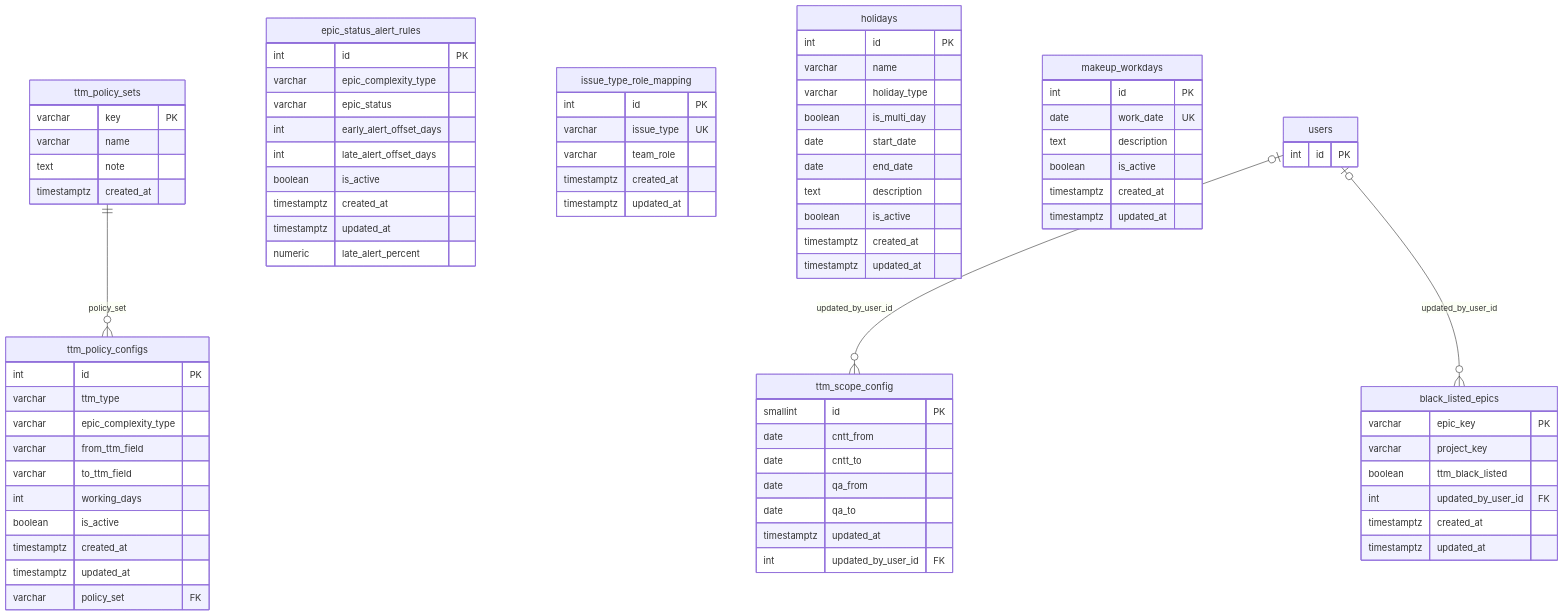
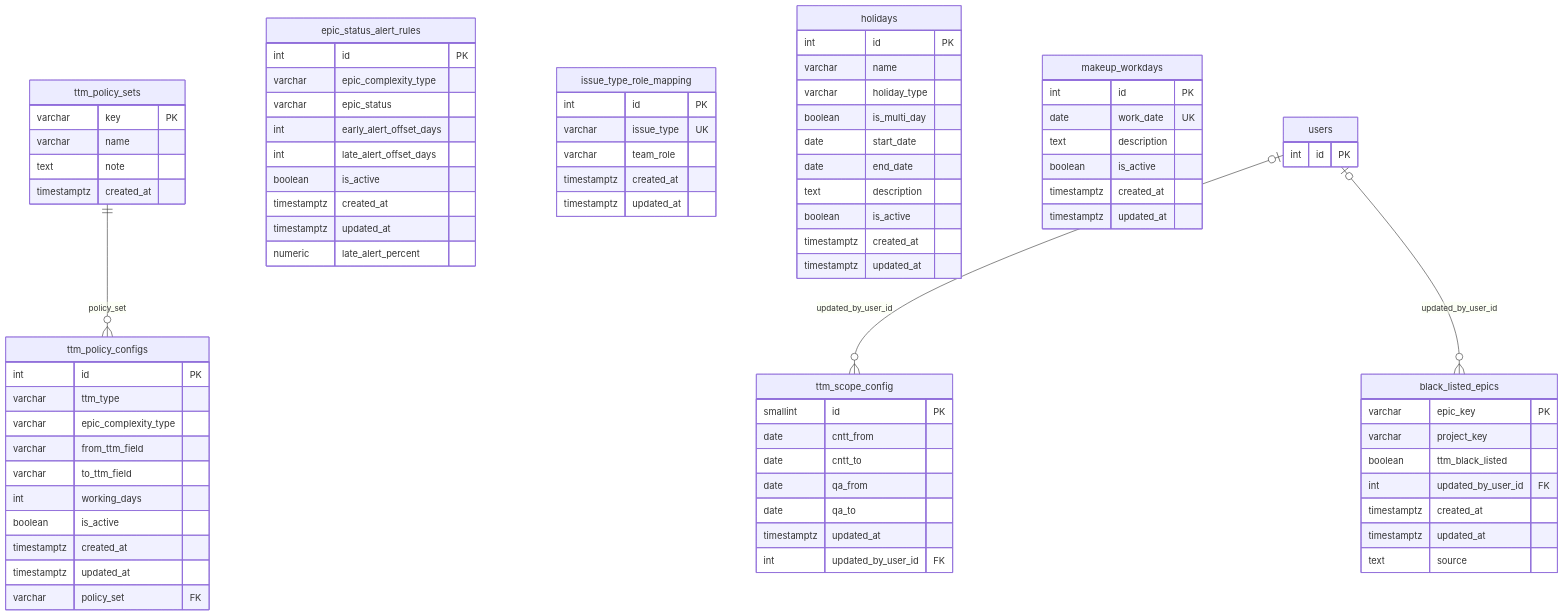
Before and after one commit to dminhbb/ttm-tool: the fifth of 12 diagrams in docs/database-erd.md, drawn with Mermaid. The commit also changed other lines of this file and 47 other files, not shown here.

```diff
--- a/docs/database-erd.md
+++ b/docs/database-erd.md
@@ -797,6 +801,7 @@
         int updated_by_user_id FK
         timestamptz created_at
         timestamptz updated_at
+        text source
     }
     users {
         int id PK
```
